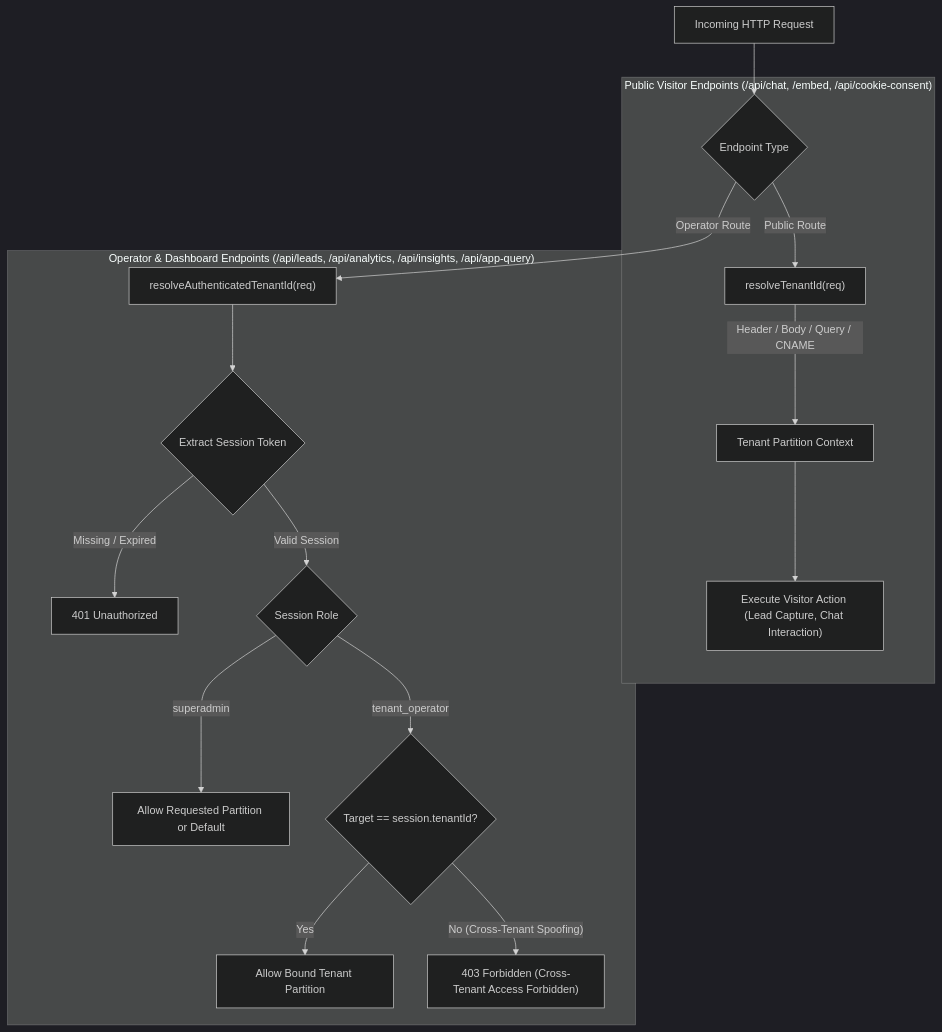
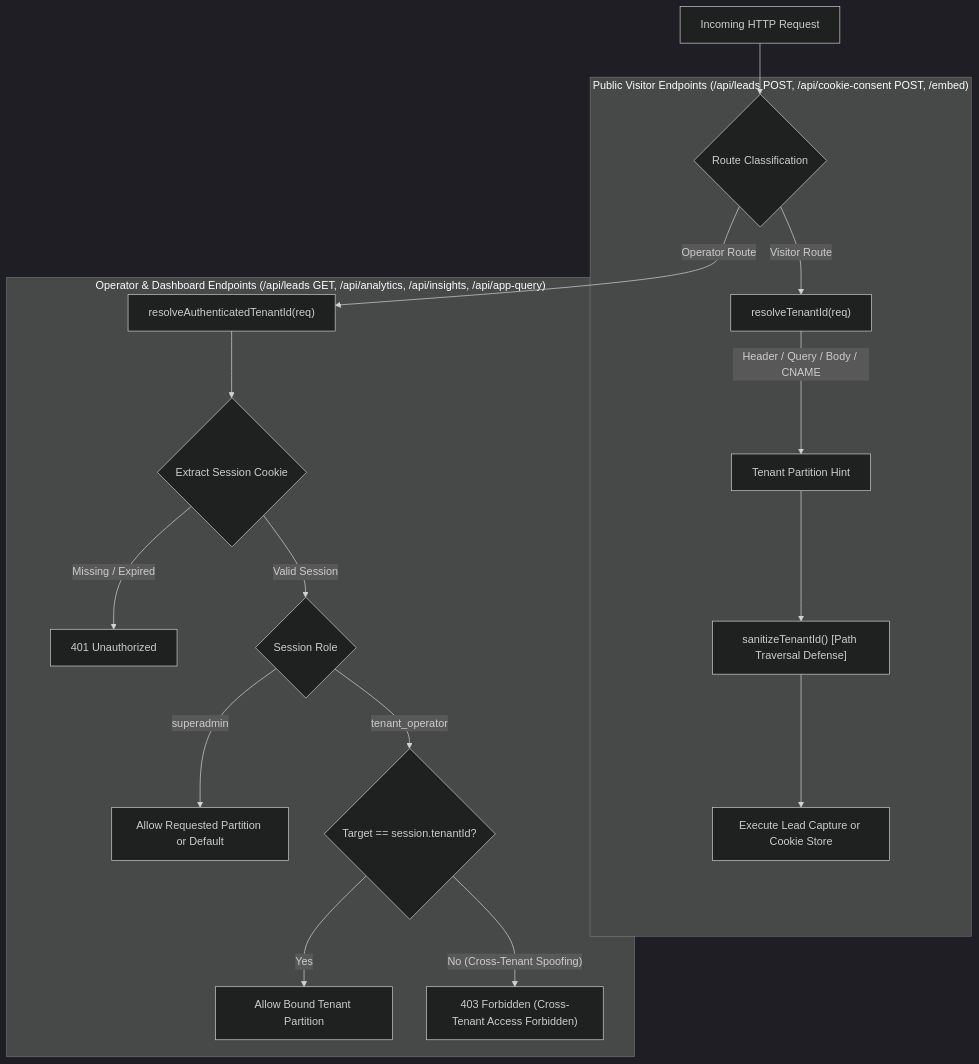
Before and after one commit to abdulmoiddd/Testing-closedesk-Multi-Tenant-Architecture: the diagram in docs/CD03_TENANT_ISOLATION_AND_SECRET_PROTECTION.md, drawn with Mermaid (dark theme). The commit also changed other lines of this file and 21 other files, not shown here.

````diff
--- a/docs/CD03_TENANT_ISOLATION_AND_SECRET_PROTECTION.md
+++ b/docs/CD03_TENANT_ISOLATION_AND_SECRET_PROTECTION.md
@@ -51,23 +66,24 @@
 ```mermaid
 flowchart TD
-    Req["Incoming HTTP Request"] --> Router{"Endpoint Type"}
+    Req["Incoming HTTP Request"] --> Router{"Route Classification"}
     
-    subgraph PublicEndpoints ["Public Visitor Endpoints (/api/chat, /embed, /api/cookie-consent)"]
-        Router -->|"Public Route"| PubResolver["resolveTenantId(req)"]
-        PubResolver -->|"Header / Body / Query / CNAME"| RoutingTenant["Tenant Partition Context"]
-        RoutingTenant --> VisitorExec["Execute Visitor Action (Lead Capture, Chat Interaction)"]
+    subgraph PublicEndpoints ["Public Visitor Endpoints (/api/leads POST, /api/cookie-consent POST, /embed)"]
+        Router -->|"Visitor Route"| PubResolver["resolveTenantId(req)"]
+        PubResolver -->|"Header / Query / Body / CNAME"| RoutingTenant["Tenant Partition Hint"]
+        RoutingTenant --> Sanitizer["sanitizeTenantId() [Path Traversal Defense]"]
+        Sanitizer --> VisitorExec["Execute Lead Capture or Cookie Store"]
     end
 
-    subgraph OperatorEndpoints ["Operator & Dashboard Endpoints (/api/leads, /api/analytics, /api/insights, /api/app-query)"]
+    subgraph OperatorEndpoints ["Operator & Dashboard Endpoints (/api/leads GET, /api/analytics, /api/insights, /api/app-query)"]
         Router -->|"Operator Route"| AuthResolver["resolveAuthenticatedTenantId(req)"]
-        AuthResolver --> SessionCheck{"Extract Session Token"}
+        AuthResolver --> SessionCheck{"Extract Session Cookie"}
         SessionCheck -->|"Missing / Expired"| Err401["401 Unauthorized"]
         SessionCheck -->|"Valid Session"| RoleCheck{"Session Role"}
         
         RoleCheck -->|"superadmin"| SuperPermit["Allow Requested Partition or Default"]
         RoleCheck -->|"tenant_operator"| TenantMatch{"Target == session.tenantId?"}
         
         TenantMatch -->|"Yes"| OpPermit["Allow Bound Tenant Partition"]
         TenantMatch -->|"No (Cross-Tenant Spoofing)"| Err403["403 Forbidden (Cross-Tenant Access Forbidden)"]
     end
 ```
````
